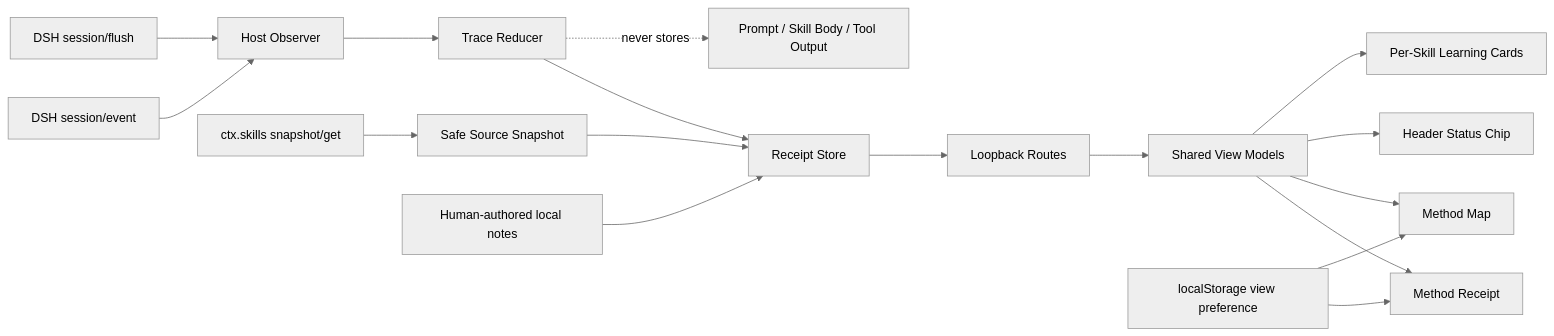
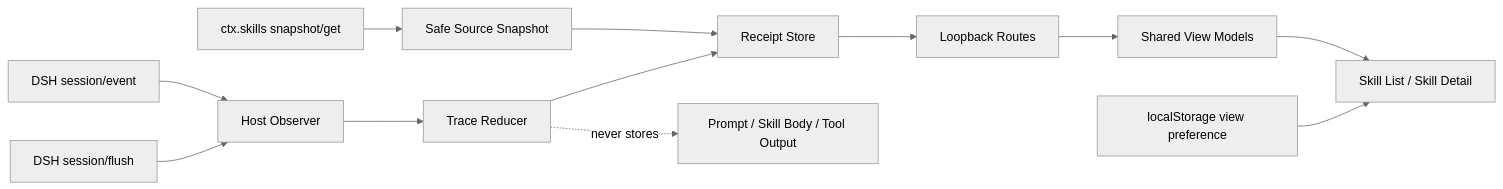
Before and after one commit to PolinniZhong/dsh-skill-intelligence: the first of 3 diagrams in 05-technical-design.md, drawn with Mermaid (neutral theme). The commit also changed other lines of this file and 5 other files, not shown here.

````diff
--- a/05-technical-design.md
+++ b/05-technical-design.md
@@ -24,20 +83,15 @@
 ```mermaid
 flowchart LR
     SS[DSH session/event] --> HO[Host Observer]
     SF[DSH session/flush] --> HO
     HO --> RD[Trace Reducer]
     RG[ctx.skills snapshot/get] --> SSN[Safe Source Snapshot]
     SSN --> RS
     RD --> RS[Receipt Store]
     RS --> API[Loopback Routes]
     API --> VM[Shared View Models]
-    VM --> RV[Method Receipt]
-    VM --> MV[Method Map]
-    VM --> HC[Header Status Chip]
-    VM --> LC[Per-Skill Learning Cards]
-    PN[Human-authored local notes] --> RS
+    VM --> RV[Skill List / Skill Detail]
     LP[localStorage view preference] --> RV
-    LP --> MV
 
     RD -. never stores .-> X[Prompt / Skill Body / Tool Output]
 ```
````
